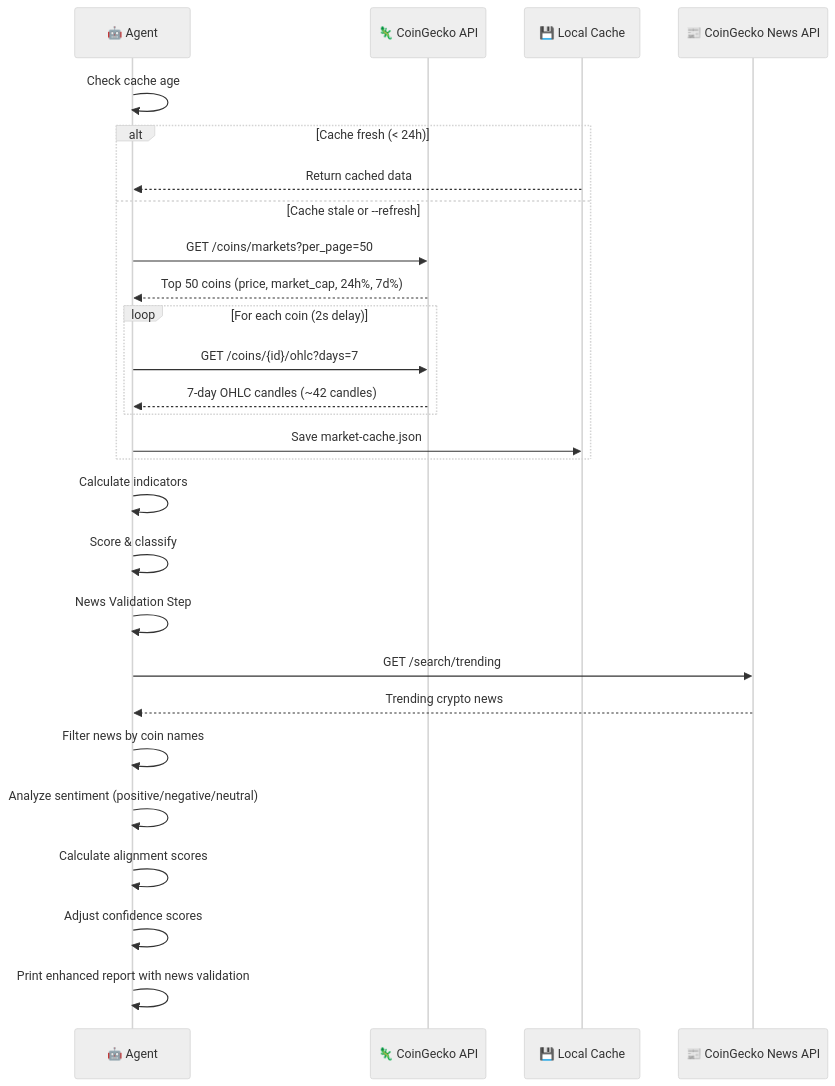
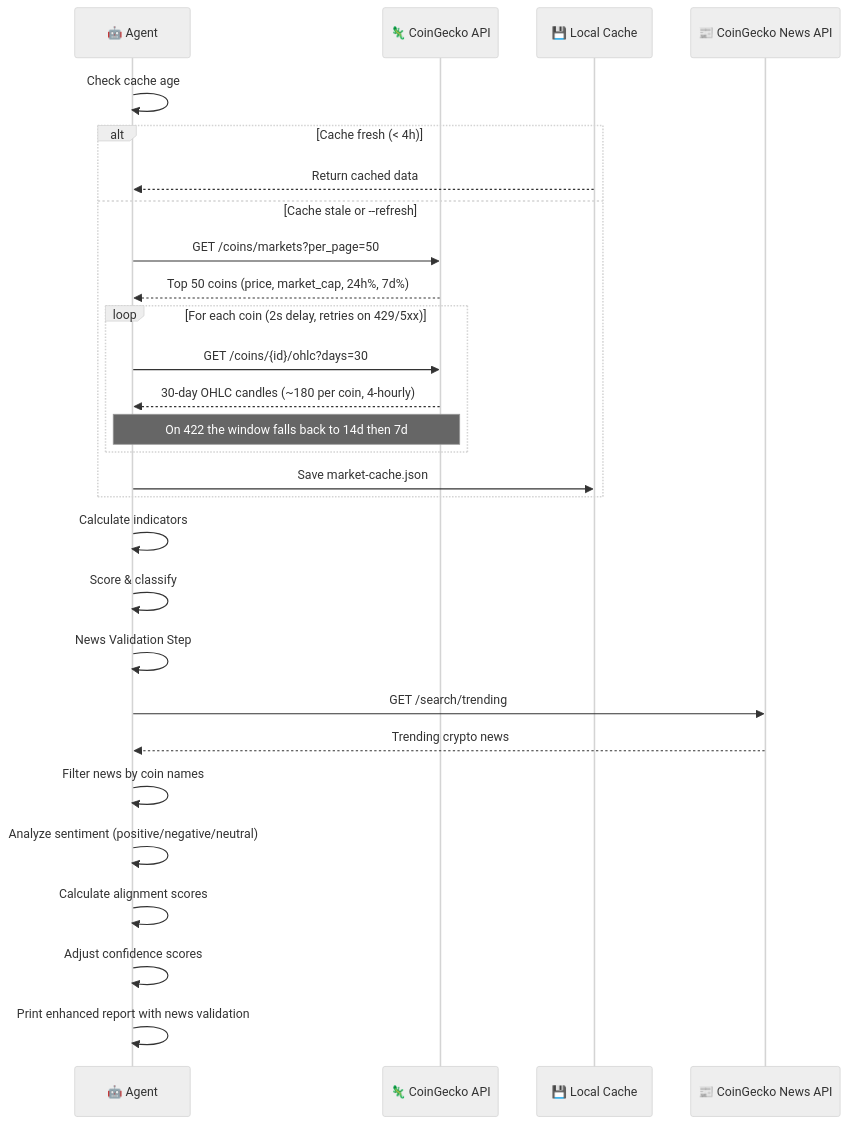
The third of 22 diagrams in Functional_Specification.md (sreekanthvaripalli/crypto-agent), drawn with Mermaid (neutral theme) before and after one commit. The commit also changed other lines of this file and 7 other files, not shown here.

````diff
--- a/Functional_Specification.md
+++ b/Functional_Specification.md
@@ -183,35 +189,36 @@
 ```mermaid
 sequenceDiagram
     participant Agent as 🤖 Agent
     participant API as 🦎 CoinGecko API
     participant Cache as 💾 Local Cache
     participant NewsAPI as 📰 CoinGecko News API
     
     Agent->>Agent: Check cache age
-    alt Cache fresh (< 24h)
+    alt Cache fresh (< 4h)
         Cache-->>Agent: Return cached data
     else Cache stale or --refresh
         Agent->>API: GET /coins/markets?per_page=50
         API-->>Agent: Top 50 coins (price, market_cap, 24h%, 7d%)
         
-        loop For each coin (2s delay)
-            Agent->>API: GET /coins/{id}/ohlc?days=7
-            API-->>Agent: 7-day OHLC candles (~42 candles)
+        loop For each coin (2s delay, retries on 429/5xx)
+            Agent->>API: GET /coins/{id}/ohlc?days=30
+            API-->>Agent: 30-day OHLC candles (~180 per coin, 4-hourly)
+            Note over Agent,API: On 422 the window falls back to 14d then 7d
         end
         
         Agent->>Cache: Save market-cache.json
     end
     
     Agent->>Agent: Calculate indicators
     Agent->>Agent: Score & classify
     
     Agent->>Agent: News Validation Step
     Agent->>NewsAPI: GET /search/trending
     NewsAPI-->>Agent: Trending crypto news
     Agent->>Agent: Filter news by coin names
     Agent->>Agent: Analyze sentiment (positive/negative/neutral)
     Agent->>Agent: Calculate alignment scores
     Agent->>Agent: Adjust confidence scores
     
     Agent->>Agent: Print enhanced report with news validation
 ```
````
